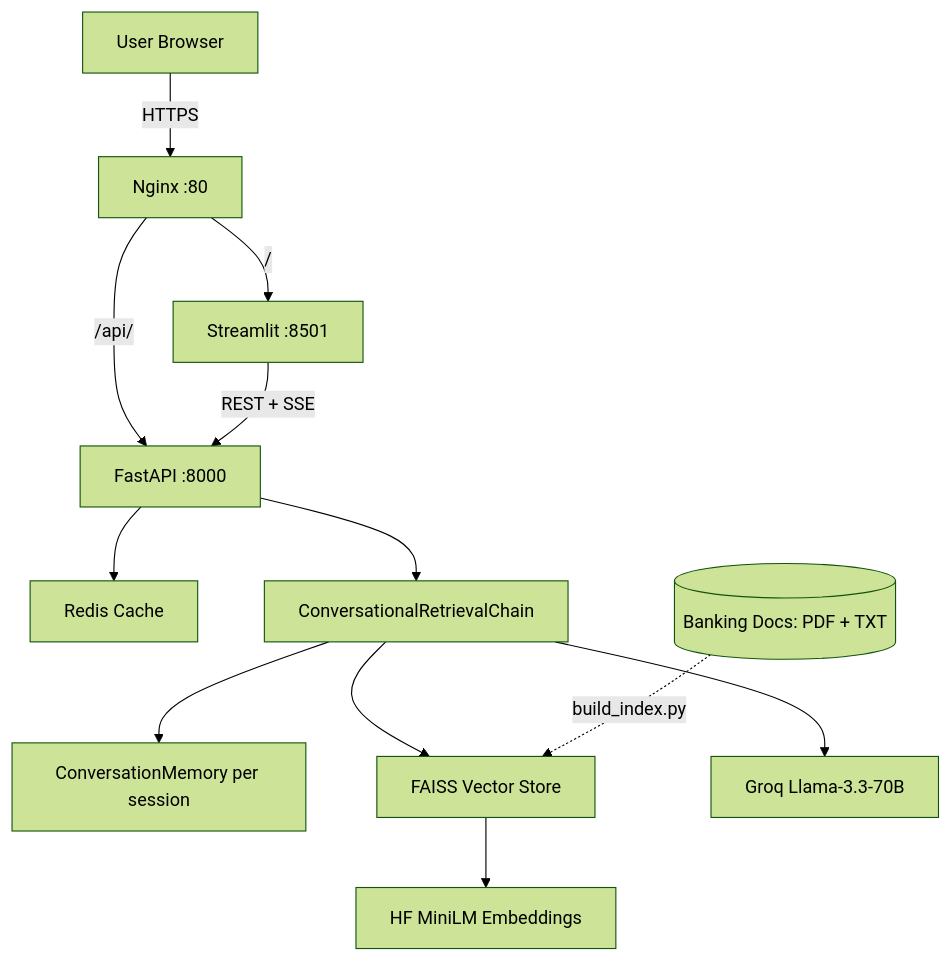
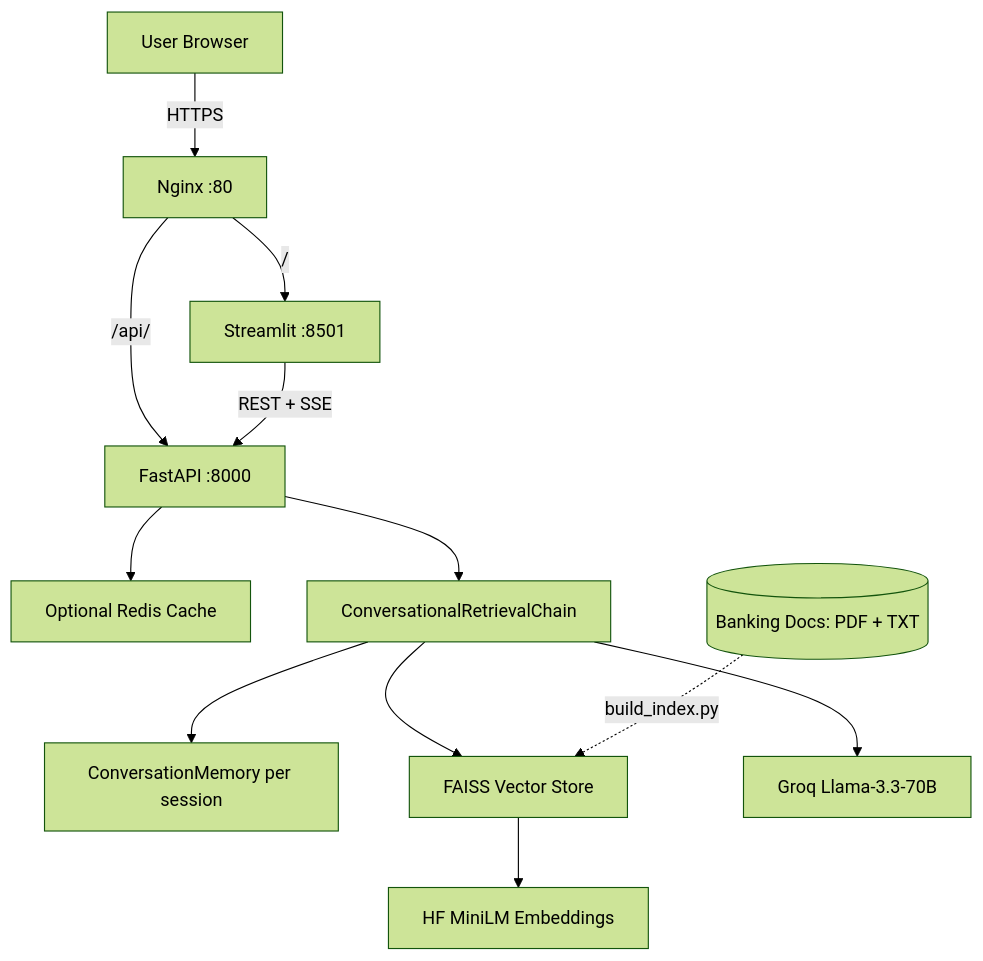
The diagram in docs/architecture.md (chettanmahajan/BankAssist-Chatbot), drawn with Mermaid (forest theme) before and after one commit. The commit also changed other lines of this file and 12 other files, not shown here.

````diff
--- a/docs/architecture.md
+++ b/docs/architecture.md
@@ -3,14 +3,14 @@
 ```mermaid
 graph TB
     U[User Browser] -->|HTTPS| N[Nginx :80]
     N -->|/| S[Streamlit :8501]
     N -->|/api/| F[FastAPI :8000]
     S -->|REST + SSE| F
-    F --> R[Redis Cache]
+    F --> R[Optional Redis Cache]
     F --> C[ConversationalRetrievalChain]
     C --> M[ConversationMemory per session]
     C --> V[FAISS Vector Store]
     V --> E[HF MiniLM Embeddings]
     C --> G[Groq Llama-3.3-70B]
     D[(Banking Docs: PDF + TXT)] -.->|build_index.py| V
 ```
````
